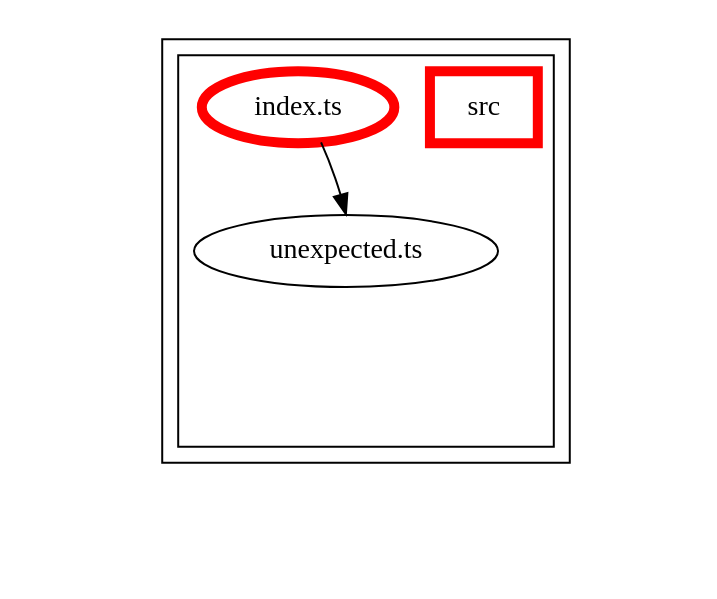
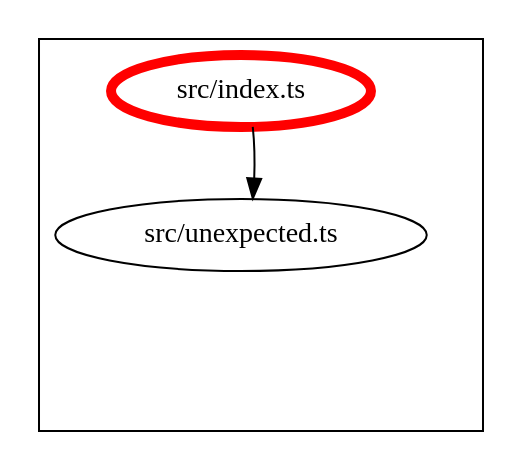
Before and after one commit to Siteimprove/alfa-integrations: the diagram in packages/alfa-unexpected/docs/dependency-graph.dot, drawn with Graphviz. The commit also changed 88 other files, not shown here.

```diff
--- a/packages/alfa-unexpected/docs/dependency-graph.dot
+++ b/packages/alfa-unexpected/docs/dependency-graph.dot
@@ -1,65 +1,32 @@
-digraph "dependency-graph-[object Object]" {
+digraph "dependency-graph-@siteimprove/alfa-unexpected" {
   compound = true;
-  "dependency-graph-[object Object]" [
-    style = "invis";
-  ];
   "src/unexpected.ts";
   subgraph "cluster_src" {
     color = "#000000";
     label = "";
-    "name_src" [
-      penwidth = 5;
-      shape = "rectangle";
-      color = "#ff0000";
-      label = "src";
+    "src/unexpected.ts" [
+      label = "src/unexpected.ts";
     ];
     "exit_src" [
       style = "invis";
     ];
-    subgraph "cluster_src" {
-      color = "#000000";
-      label = "";
-      "name_src" [
-        penwidth = 5;
-        shape = "rectangle";
-        color = "#ff0000";
-        label = "src";
-      ];
-      "exit_src" [
-        style = "invis";
-      ];
-      "src/index.ts" [
-        label = "index.ts";
-        color = "#ff0000";
-        penwidth = 5;
-      ];
-      "src/unexpected.ts" [
-        label = "unexpected.ts";
-      ];
-      "src/index.ts" -> "exit_src" [
-        style = "invis";
-      ];
-      "src/unexpected.ts" -> "exit_src" [
-        style = "invis";
-      ];
-    }
-    "exit_src" -> "exit_src" [
+    "src/index.ts" [
+      label = "src/index.ts";
+      color = "#ff0000";
+      penwidth = 5;
+    ];
+    "src/unexpected.ts" -> "exit_src" [
       style = "invis";
     ];
-    "exit_src" -> "exit_src" [
+    "src/index.ts" -> "exit_src" [
       style = "invis";
     ];
   }
-  "exit_src" -> "dependency-graph-[object Object]" [
-    style = "invis";
-  ];
   "src/index.ts" -> "src/unexpected.ts" [
     style = "invis";
   ];
   "src/index.ts" -> "src/unexpected.ts" [
     style = "solid";
-    ltail = "cluster_src/index.ts";
-    lhead = "cluster_src/unexpected.ts";
     color = "black";
   ];
 }
```
